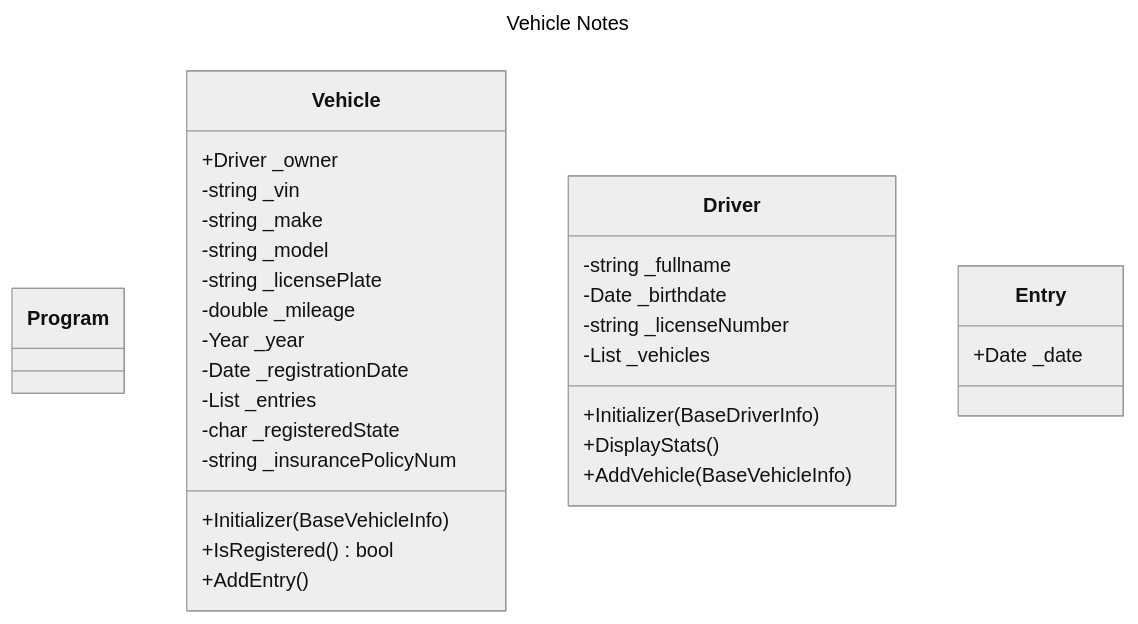
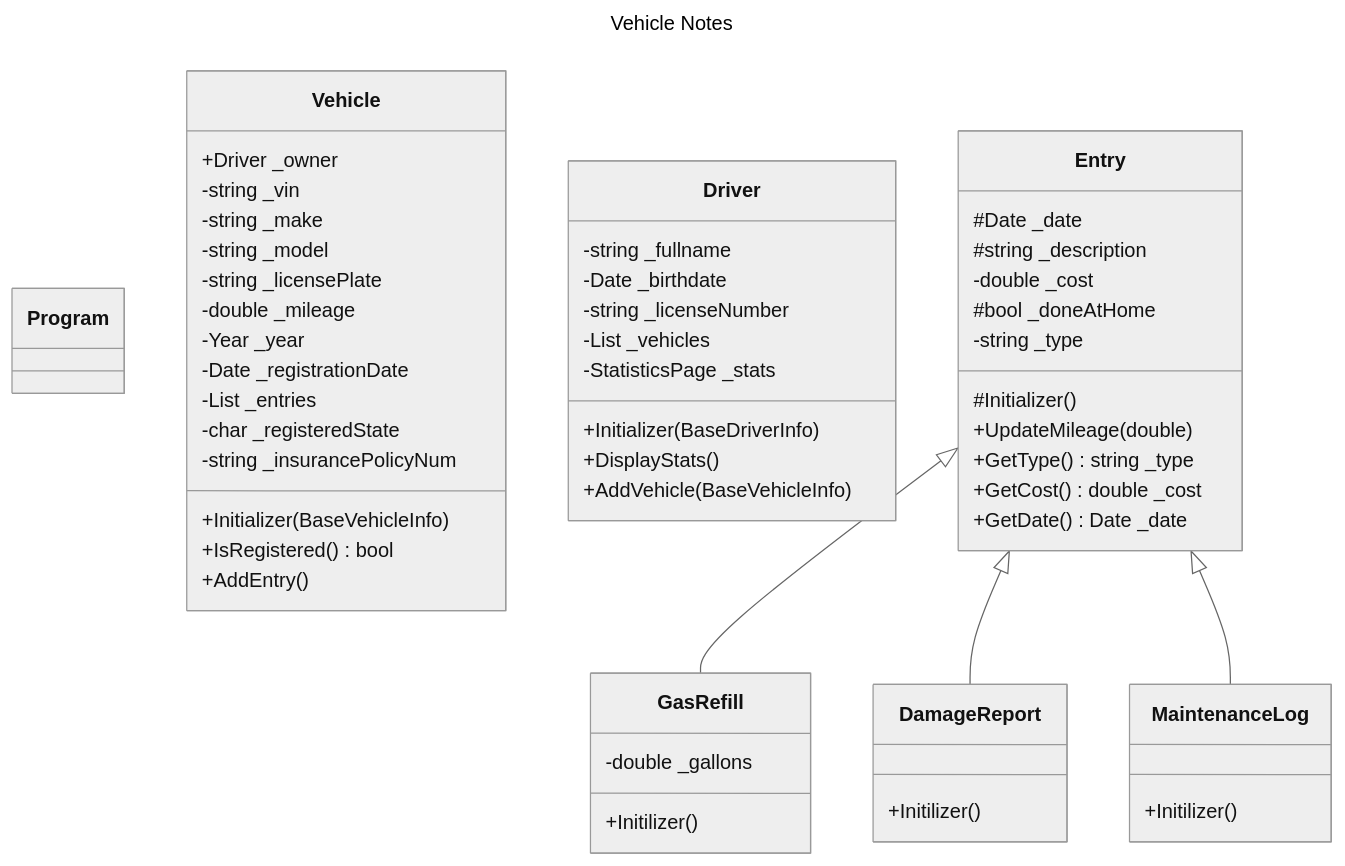
One commit to brooksjake/VehicleNotes changed the diagram in docs/prototypes_class_diagram.md. Above: the diagram before and after it, drawn with Mermaid (neutral theme). The commit also changed 2 other files, not shown here.

Commit message:
uml class diagram brainstorming

````diff
--- a/docs/prototypes_class_diagram.md
+++ b/docs/prototypes_class_diagram.md
@@ -3,42 +3,62 @@
 ```mermaid
 ---
 title: Vehicle Notes
 ---
 classDiagram
     class Program {
         
     }
     class Vehicle {
         +Driver _owner
         -string _vin
         -string _make
         -string _model
         -string _licensePlate
         -double _mileage
         -Year _year
         -Date _registrationDate
         -List<Entry> _entries
         -char _registeredState
         -string _insurancePolicyNum
         
         +Initializer(BaseVehicleInfo)
         +IsRegistered() bool
         +AddEntry()
     }
     class Driver {
         -string _fullname
         -Date _birthdate
         -string _licenseNumber
         -List<Vehicle> _vehicles
+        -StatisticsPage _stats
         
         +Initializer(BaseDriverInfo)
         +DisplayStats()
         +AddVehicle(BaseVehicleInfo)
     }
     class Entry {
-        +Date _date
+        #Date _date
+        #string _description
+        -double _cost
+        #bool _doneAtHome
+        -string _type
+        #Initializer()
+        +UpdateMileage(double)
+        +GetType() string _type
+        +GetCost() double _cost
+        +GetDate() Date _date
     }
-
-
-
+    class GasRefill {
+        -double _gallons
+        +Initilizer()
+    }
+    class DamageReport {
+        +Initilizer()
+    }
+    class MaintenanceLog {
+        +Initilizer()
+    }
+    Entry <|-- GasRefill
+    Entry <|-- DamageReport
+    Entry <|-- MaintenanceLog
 ```
````
